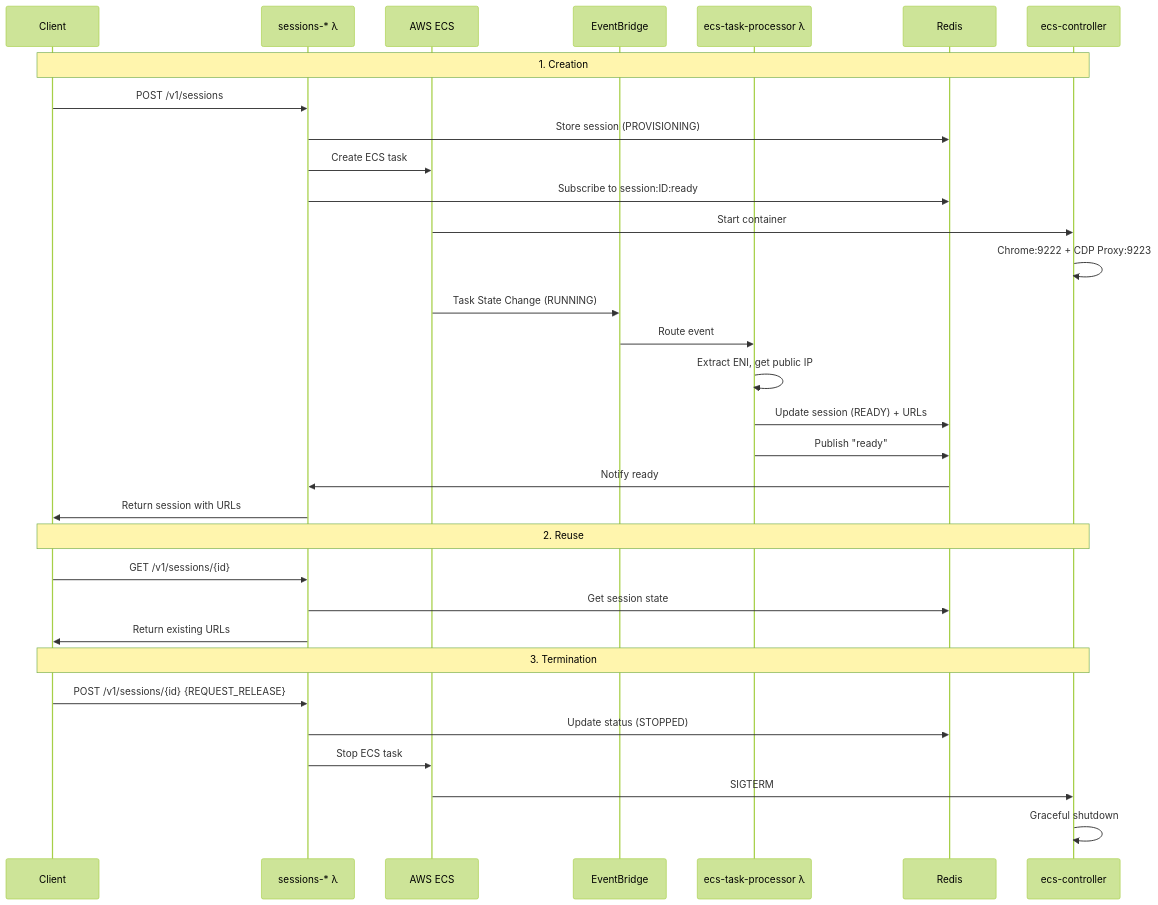
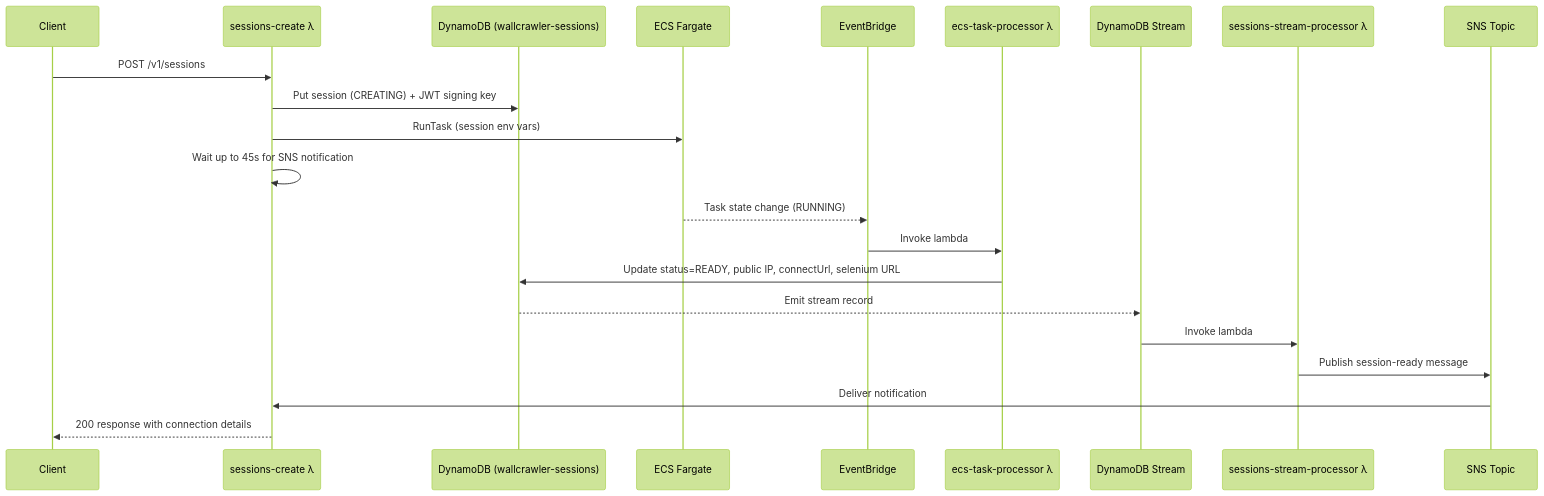
Before and after one commit to Volpestyle/wallcrawler: the first of 4 diagrams in docs/api/sessions/wallcrawler-container-lifecycle.md, drawn with Mermaid (forest theme). The commit also changed other lines of this file and 7 other files, not shown here.

````diff
--- a/docs/api/sessions/wallcrawler-container-lifecycle.md
+++ b/docs/api/sessions/wallcrawler-container-lifecycle.md
@@ -21,38 +23,25 @@
 ```mermaid
 sequenceDiagram
     participant Client
-    participant API as sessions-* λ
-    participant ECS as AWS ECS
-    participant EventBridge as EventBridge
-    participant TaskProcessor as ecs-task-processor λ
-    participant Redis
-    participant Container as ecs-controller
+    participant API as sessions-create λ
+    participant Sessions as DynamoDB (wallcrawler-sessions)
+    participant ECS as ECS Fargate
+    participant Bridge as EventBridge
+    participant Task as ecs-task-processor λ
+    participant Stream as DynamoDB Stream
+    participant Processor as sessions-stream-processor λ
+    participant SNS as SNS Topic
 
-    Note over Client,Container: 1. Creation
     Client->>API: POST /v1/sessions
-    API->>Redis: Store session (PROVISIONING)
-    API->>ECS: Create ECS task
-    API->>Redis: Subscribe to session:ID:ready
-
-    ECS->>Container: Start container
-    Container->>Container: Chrome:9222 + CDP Proxy:9223
-    ECS->>EventBridge: Task State Change (RUNNING)
-    EventBridge->>TaskProcessor: Route event
-    TaskProcessor->>TaskProcessor: Extract ENI, get public IP
-    TaskProcessor->>Redis: Update session (READY) + URLs
-    TaskProcessor->>Redis: Publish "ready"
-    Redis->>API: Notify ready
-    API->>Client: Return session with URLs
-
-    Note over Client,Container: 2. Reuse
-    Client->>API: GET /v1/sessions/{id}
-    API->>Redis: Get session state
-    API->>Client: Return existing URLs
-
-    Note over Client,Container: 3. Termination
-    Client->>API: POST /v1/sessions/{id} {REQUEST_RELEASE}
-    API->>Redis: Update status (STOPPED)
-    API->>ECS: Stop ECS task
-    ECS->>Container: SIGTERM
-    Container->>Container: Graceful shutdown
+    API->>Sessions: Put session (CREATING) + JWT signing key
+    API->>ECS: RunTask (session env vars)
+    API->>API: Wait up to 45s for SNS notification
+    ECS-->>Bridge: Task state change (RUNNING)
+    Bridge->>Task: Invoke lambda
+    Task->>Sessions: Update status=READY, public IP, connectUrl, selenium URL
+    Sessions-->>Stream: Emit stream record
+    Stream->>Processor: Invoke lambda
+    Processor->>SNS: Publish session-ready message
+    SNS->>API: Deliver notification
+    API-->>Client: 200 response with connection details
 ```
````
